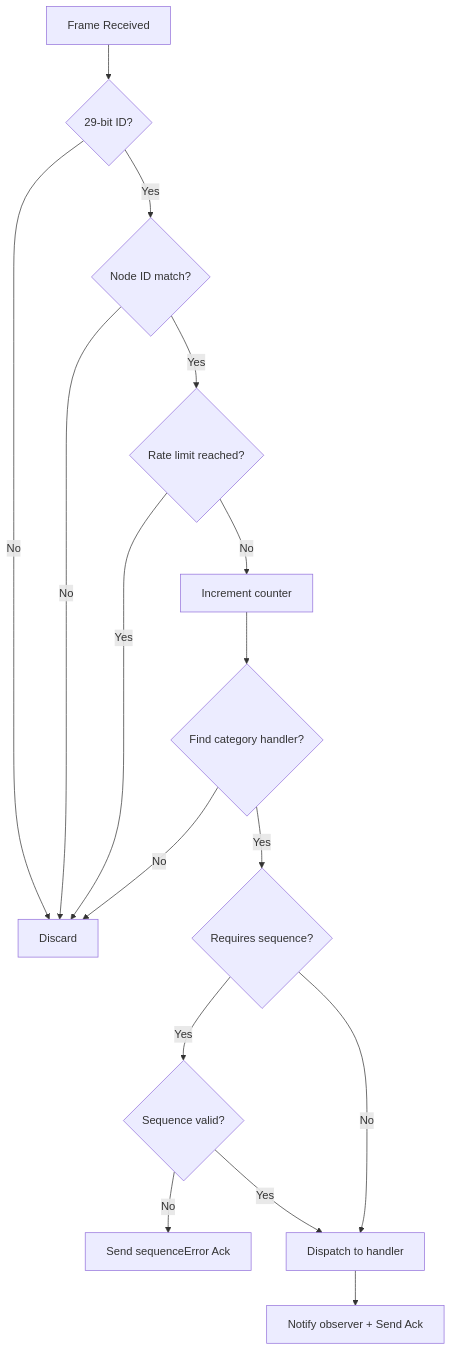
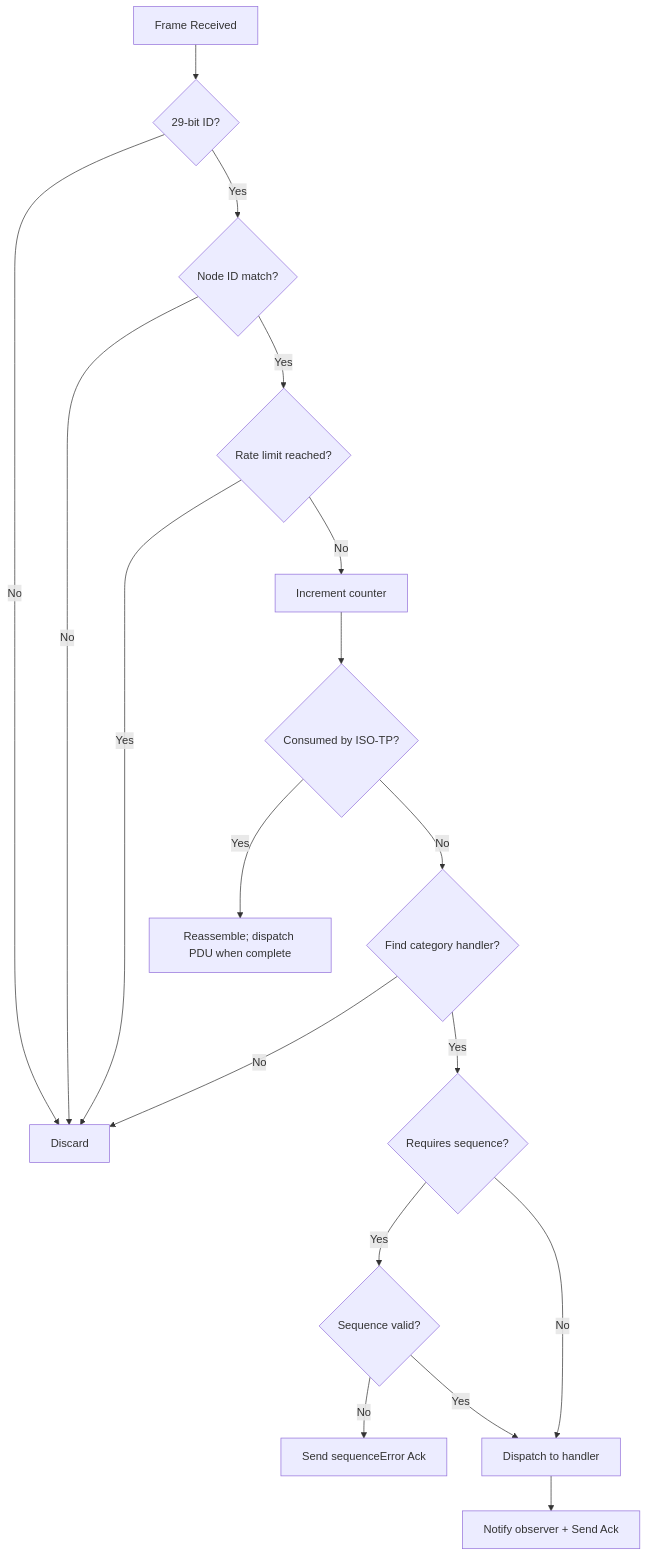
One commit to embedded-pro/can-lite changed the fourth of 5 diagrams in documents/spec/can-protocol.md. Above: the diagram before and after it, drawn with Mermaid. The commit also changed other lines of this file and 52 other files, not shown here.

First line of the commit message:
fix: correct ISO-TP flow-control and N_Bs handling per ISO 15765-2 (#54)

````diff
--- a/documents/spec/can-protocol.md
+++ b/documents/spec/can-protocol.md
@@ -375,18 +395,20 @@
 ```mermaid
 flowchart TD
     A[Frame Received] --> B{29-bit ID?}
     B -- No --> Z[Discard]
     B -- Yes --> C{Node ID match?}
     C -- No --> Z
     C -- Yes --> D{Rate limit reached?}
     D -- Yes --> Z
     D -- No --> E[Increment counter]
-    E --> F{Find category handler?}
+    E --> Y{Consumed by ISO-TP?}
+    Y -- Yes --> X[Reassemble; dispatch PDU when complete]
+    Y -- No --> F{Find category handler?}
     F -- No --> Z
     F -- Yes --> G{Requires sequence?}
     G -- Yes --> H{Sequence valid?}
     H -- No --> I[Send sequenceError Ack]
     H -- Yes --> J[Dispatch to handler]
     G -- No --> J
     J --> K[Notify observer + Send Ack]
 ```
````
